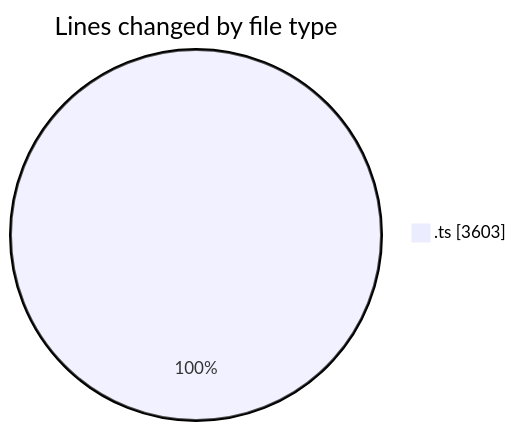
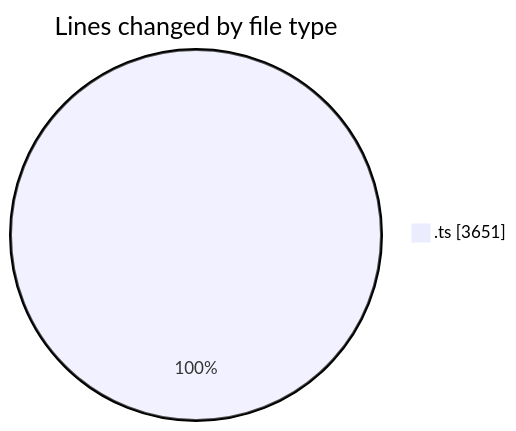
Before and after one commit to momahboobian/code-tracking: the first of 2 diagrams in 2025-10-23/cda/README.md, drawn with Mermaid. The commit also changed other lines of this file and 1 other file, not shown here.

````diff
--- a/2025-10-23/cda/README.md
+++ b/2025-10-23/cda/README.md
@@ -24,5 +24,5 @@
 ```mermaid
 pie showData
 title Lines changed by file type
-".ts" : 3603
+".ts" : 3651
 ```
````
